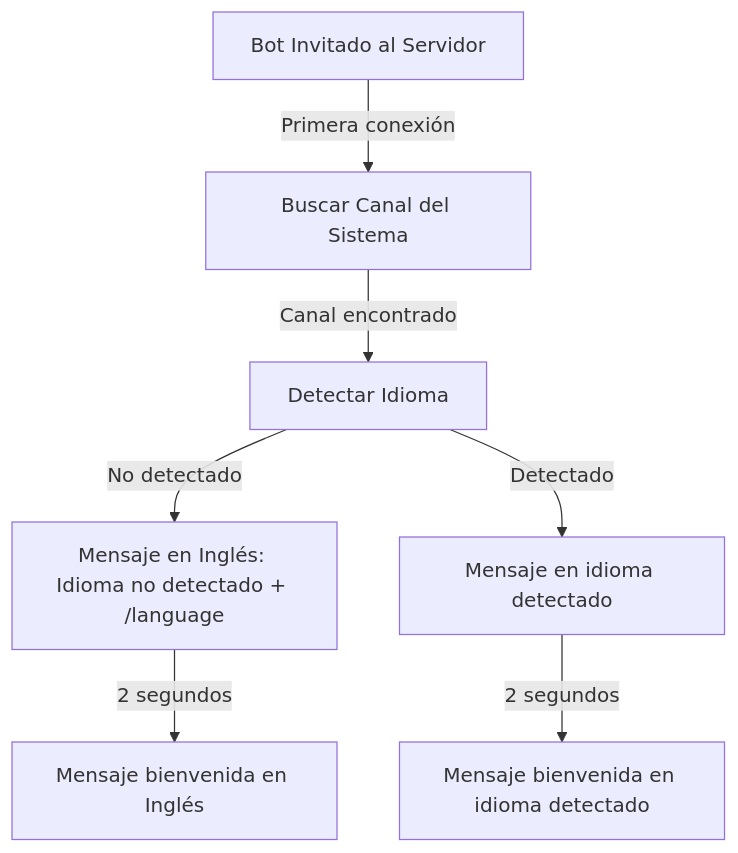
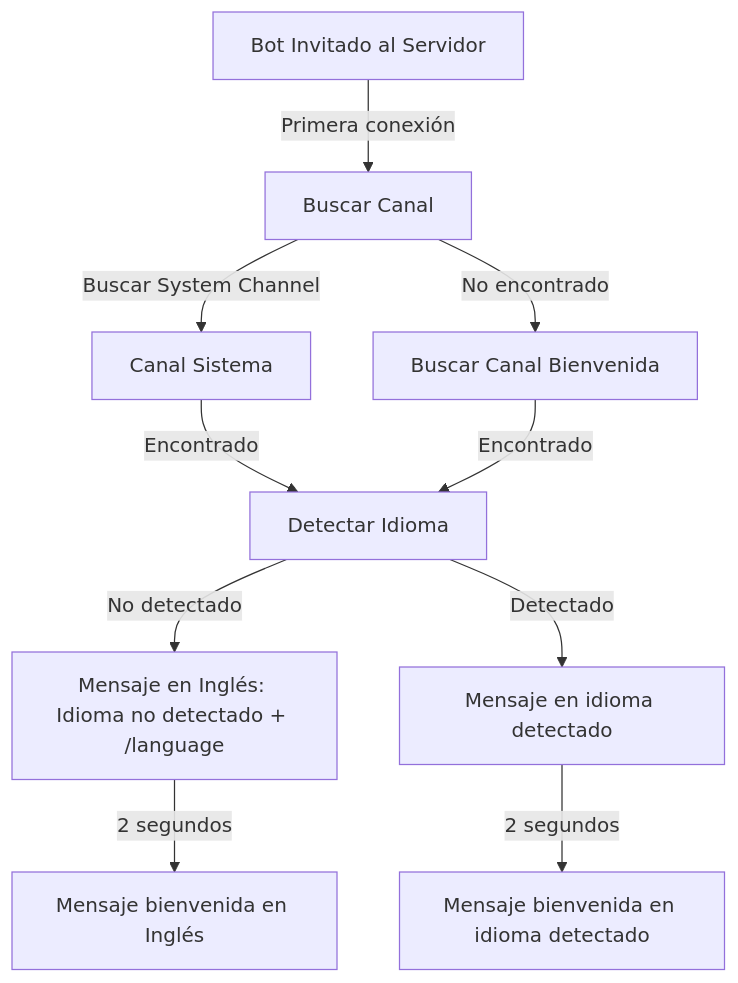
Before and after one commit to Jaie55/TuneTwister: the first of 8 diagrams in README.md, drawn with Mermaid. The commit also changed other lines of this file, not shown here.

````diff
--- a/README.md
+++ b/README.md
@@ -8,9 +7,12 @@
 ```mermaid
 graph TD
-    A[Bot Invitado al Servidor] -->|Primera conexión| B[Buscar Canal del Sistema]
-    B -->|Canal encontrado| C[Detectar Idioma]
-    C -->|No detectado| D[Mensaje en Inglés: Idioma no detectado + /language]
-    C -->|Detectado| E[Mensaje en idioma detectado]
-    D -->|2 segundos| F[Mensaje bienvenida en Inglés]
-    E -->|2 segundos| G[Mensaje bienvenida en idioma detectado]
+    A[Bot Invitado al Servidor] -->|Primera conexión| B[Buscar Canal]
+    B -->|Buscar System Channel| C[Canal Sistema]
+    B -->|No encontrado| D[Buscar Canal Bienvenida]
+    C -->|Encontrado| E[Detectar Idioma]
+    D -->|Encontrado| E
+    E -->|No detectado| F[Mensaje en Inglés: Idioma no detectado + /language]
+    E -->|Detectado| G[Mensaje en idioma detectado]
+    F -->|2 segundos| H[Mensaje bienvenida en Inglés]
+    G -->|2 segundos| I[Mensaje bienvenida en idioma detectado]
 ```
````
